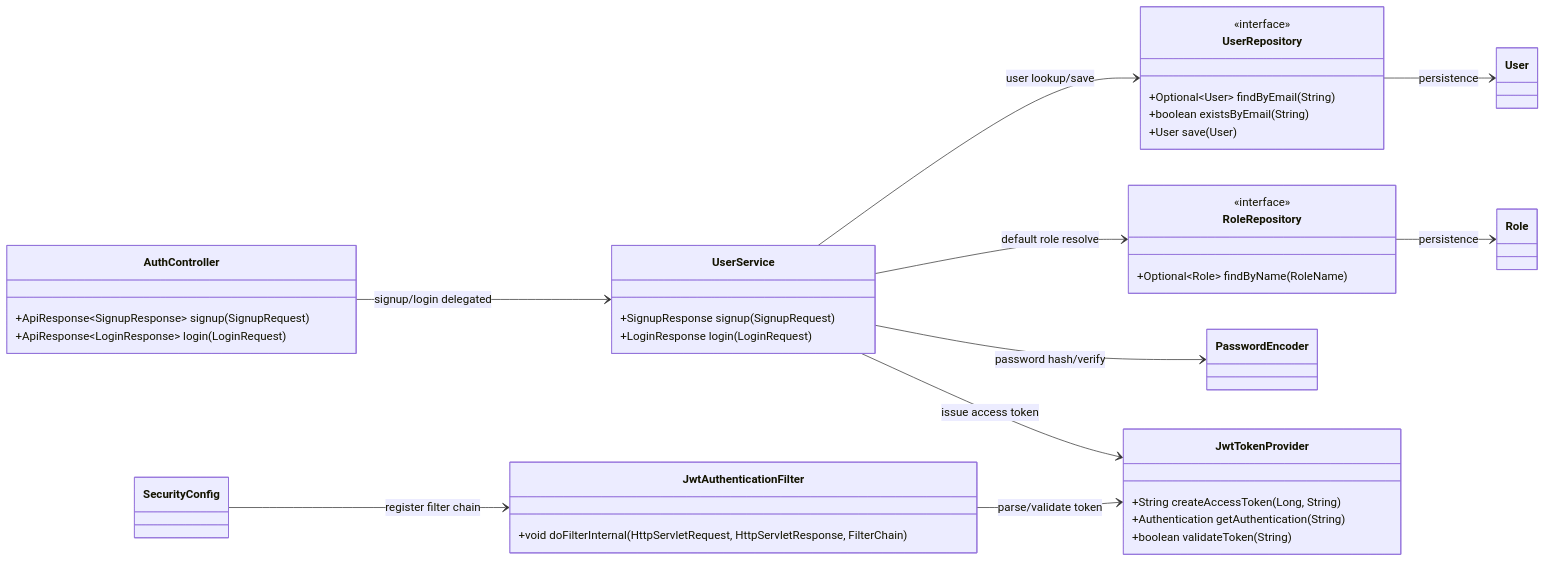
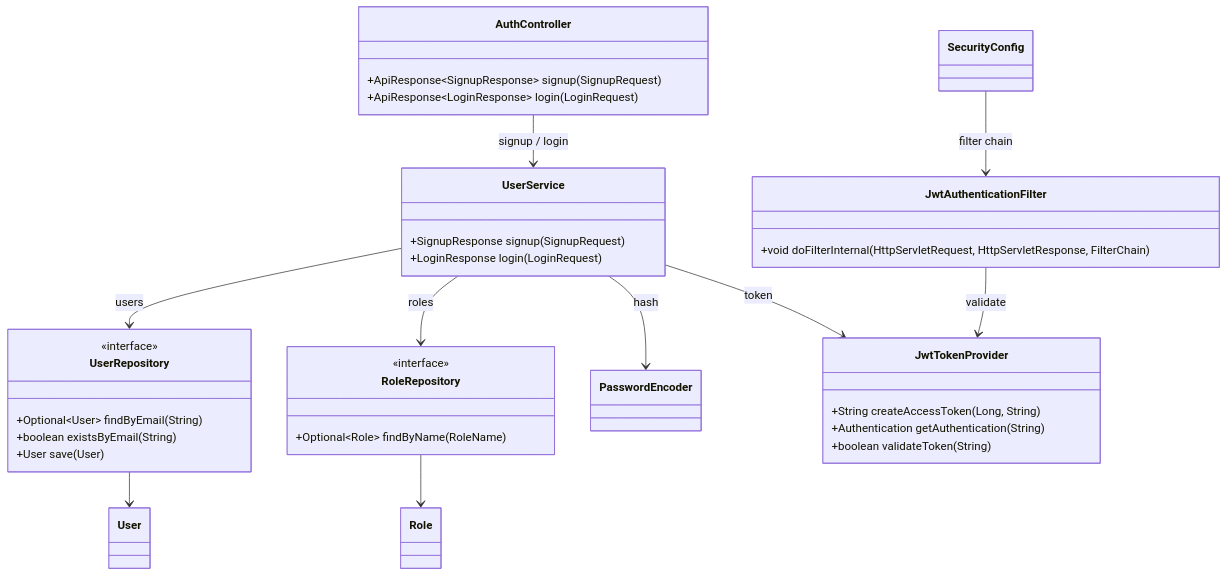
The seventh of 11 diagrams in docs/c4-architecture-diagrams.md (Zero-Bug-Freinds/ai-api-usage-monitor), drawn with Mermaid before and after one commit. The commit also changed other lines of this file and 1 other file, not shown here.

````diff
--- a/docs/c4-architecture-diagrams.md
+++ b/docs/c4-architecture-diagrams.md
@@ -245,51 +266,51 @@
 ```mermaid
 classDiagram
-direction LR
+direction TB
 
 class AuthController {
   +ApiResponse~SignupResponse~ signup(SignupRequest)
   +ApiResponse~LoginResponse~ login(LoginRequest)
 }
 
 class UserService {
   +SignupResponse signup(SignupRequest)
   +LoginResponse login(LoginRequest)
 }
 
 class UserRepository {
   <<interface>>
   +Optional~User~ findByEmail(String)
   +boolean existsByEmail(String)
   +User save(User)
 }
 
 class RoleRepository {
   <<interface>>
   +Optional~Role~ findByName(RoleName)
 }
 
 class JwtTokenProvider {
   +String createAccessToken(Long, String)
   +Authentication getAuthentication(String)
   +boolean validateToken(String)
 }
 
 class JwtAuthenticationFilter {
   +void doFilterInternal(HttpServletRequest, HttpServletResponse, FilterChain)
 }
 
 class SecurityConfig
 class PasswordEncoder
 class User
 class Role
 
-AuthController --> UserService : signup/login delegated
-UserService --> UserRepository : user lookup/save
-UserService --> RoleRepository : default role resolve
-UserService --> PasswordEncoder : password hash/verify
-UserService --> JwtTokenProvider : issue access token
-SecurityConfig --> JwtAuthenticationFilter : register filter chain
-JwtAuthenticationFilter --> JwtTokenProvider : parse/validate token
-UserRepository --> User : persistence
-RoleRepository --> Role : persistence
+AuthController --> UserService : signup / login
+UserService --> UserRepository : users
+UserService --> RoleRepository : roles
+UserService --> PasswordEncoder : hash
+UserService --> JwtTokenProvider : token
+SecurityConfig --> JwtAuthenticationFilter : filter chain
+JwtAuthenticationFilter --> JwtTokenProvider : validate
+UserRepository --> User
+RoleRepository --> Role
 ```
````
